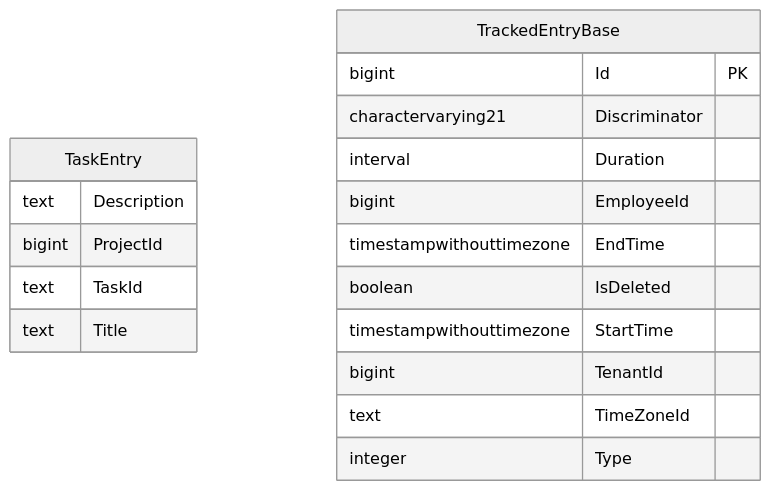
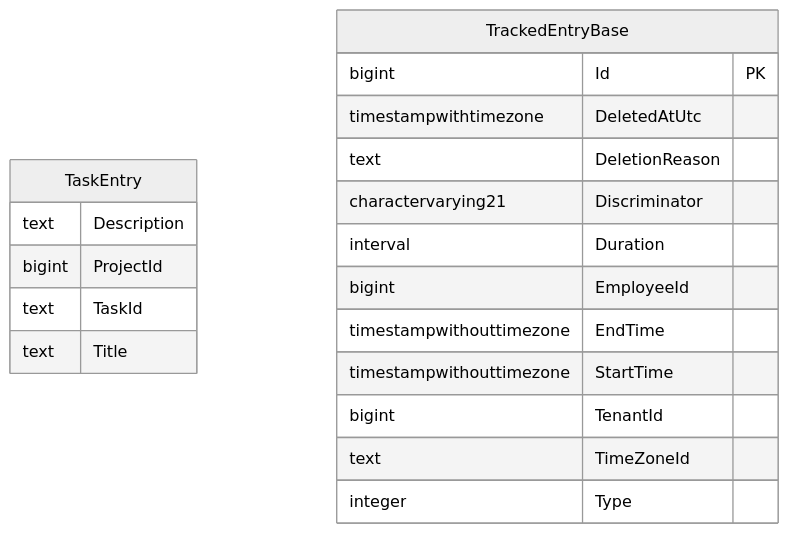
Before and after one commit to TourmalineCore/inner-circle-time-api: the first of 2 diagrams in README.md, drawn with Mermaid. The commit also changed other lines of this file and 21 other files, not shown here.

````diff
--- a/README.md
+++ b/README.md
@@ -103,22 +103,23 @@
 ```mermaid
 	erDiagram
 	%%{init: {'theme':'neutral'}}%%
 	TaskEntry {
 		text Description 
 		bigint ProjectId 
 		text TaskId 
 		text Title 
 	}
 	TrackedEntryBase {
 		bigint Id PK
+		timestampwithtimezone DeletedAtUtc 
+		text DeletionReason 
 		charactervarying21 Discriminator 
 		interval Duration 
 		bigint EmployeeId 
 		timestampwithouttimezone EndTime 
-		boolean IsDeleted 
 		timestampwithouttimezone StartTime 
 		bigint TenantId 
 		text TimeZoneId 
 		integer Type 
 	}
 ```
````
